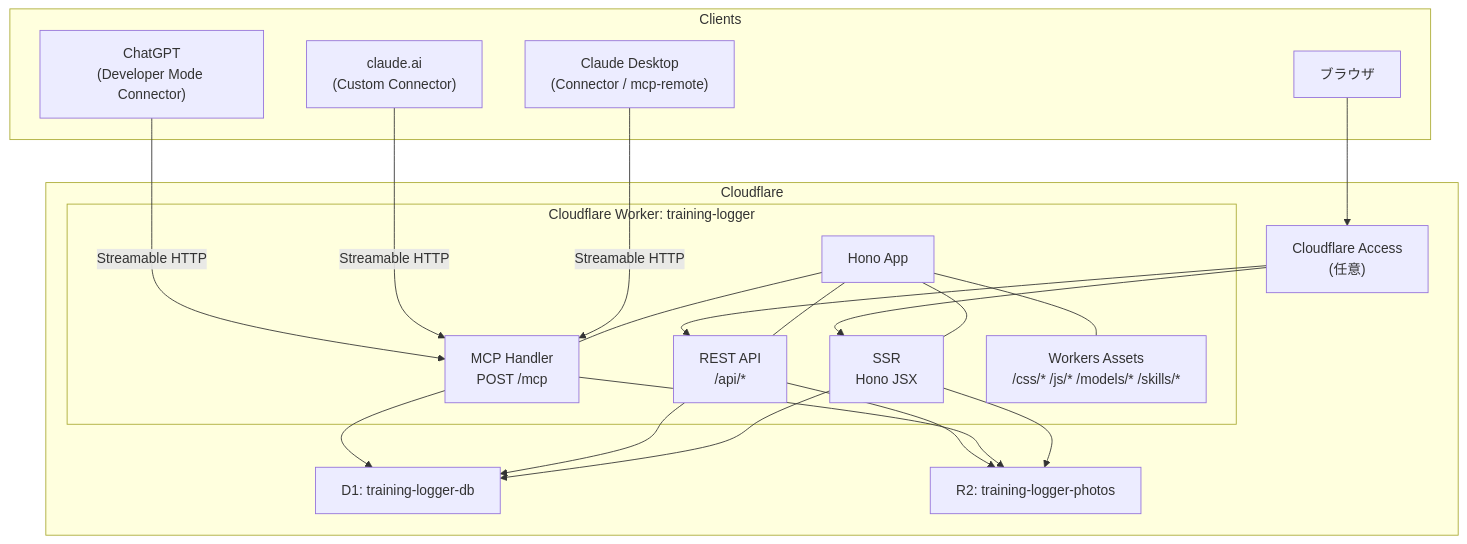
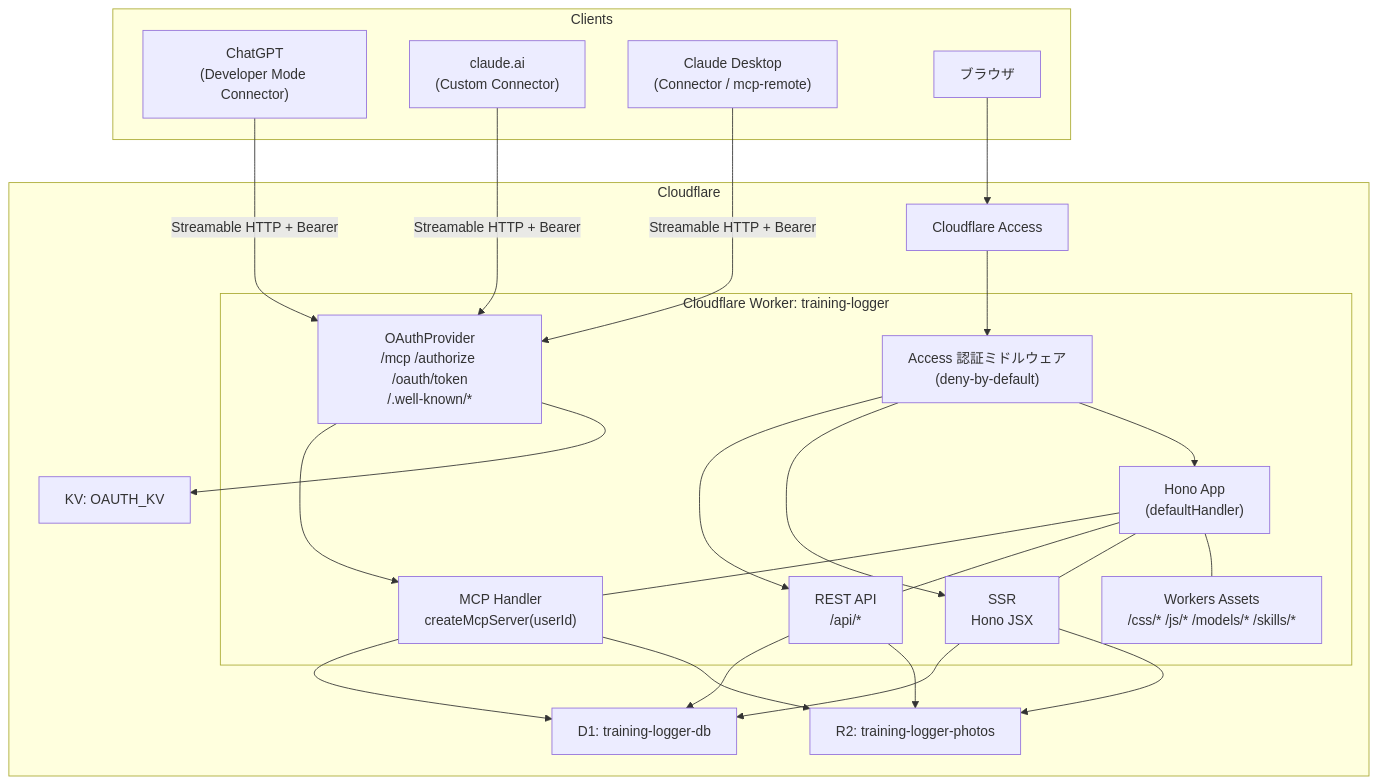
The first of 4 diagrams in docs/architecture.md (japan4415/training-logger), drawn with Mermaid before and after one commit. The commit also changed other lines of this file and 13 other files, not shown here.

````diff
--- a/docs/architecture.md
+++ b/docs/architecture.md
@@ -41,43 +46,50 @@
 ```mermaid
 graph TB
     subgraph Clients
         ChatGPT["ChatGPT<br/>(Developer Mode Connector)"]
         ClaudeAI["claude.ai<br/>(Custom Connector)"]
         ClaudeDesktop["Claude Desktop<br/>(Connector / mcp-remote)"]
         Browser["ブラウザ"]
     end
 
     subgraph Cloudflare
-        Access["Cloudflare Access<br/>(任意)"]
+        Access["Cloudflare Access"]
         subgraph Worker["Cloudflare Worker: training-logger"]
-            HonoApp["Hono App"]
-            MCP["MCP Handler<br/>POST /mcp"]
+            OAuthProvider["OAuthProvider<br/>/mcp /authorize /oauth/token<br/>/.well-known/*"]
+            HonoApp["Hono App<br/>(defaultHandler)"]
+            AccessMdw["Access 認証ミドルウェア<br/>(deny-by-default)"]
+            MCP["MCP Handler<br/>createMcpServer(userId)"]
             REST["REST API<br/>/api/*"]
             SSR["SSR<br/>Hono JSX"]
             Assets["Workers Assets<br/>/css/* /js/* /models/* /skills/*"]
         end
 
         D1["D1: training-logger-db"]
         R2["R2: training-logger-photos"]
+        KV["KV: OAUTH_KV"]
     end
 
-    ChatGPT -->|"Streamable HTTP"| MCP
-    ClaudeAI -->|"Streamable HTTP"| MCP
-    ClaudeDesktop -->|"Streamable HTTP"| MCP
+    ChatGPT -->|"Streamable HTTP + Bearer"| OAuthProvider
+    ClaudeAI -->|"Streamable HTTP + Bearer"| OAuthProvider
+    ClaudeDesktop -->|"Streamable HTTP + Bearer"| OAuthProvider
+    OAuthProvider --> MCP
 
     Browser --> Access
-    Access --> SSR
-    Access --> REST
+    Access --> AccessMdw
+    AccessMdw --> REST
+    AccessMdw --> SSR
+    AccessMdw --> HonoApp
 
     HonoApp --- MCP
     HonoApp --- REST
     HonoApp --- SSR
     HonoApp --- Assets
 
     MCP --> D1
+    MCP --> R2
     REST --> D1
+    REST --> R2
     SSR --> D1
-    REST --> R2
-    MCP --> R2
     SSR --> R2
+    OAuthProvider --> KV
 ```
````
